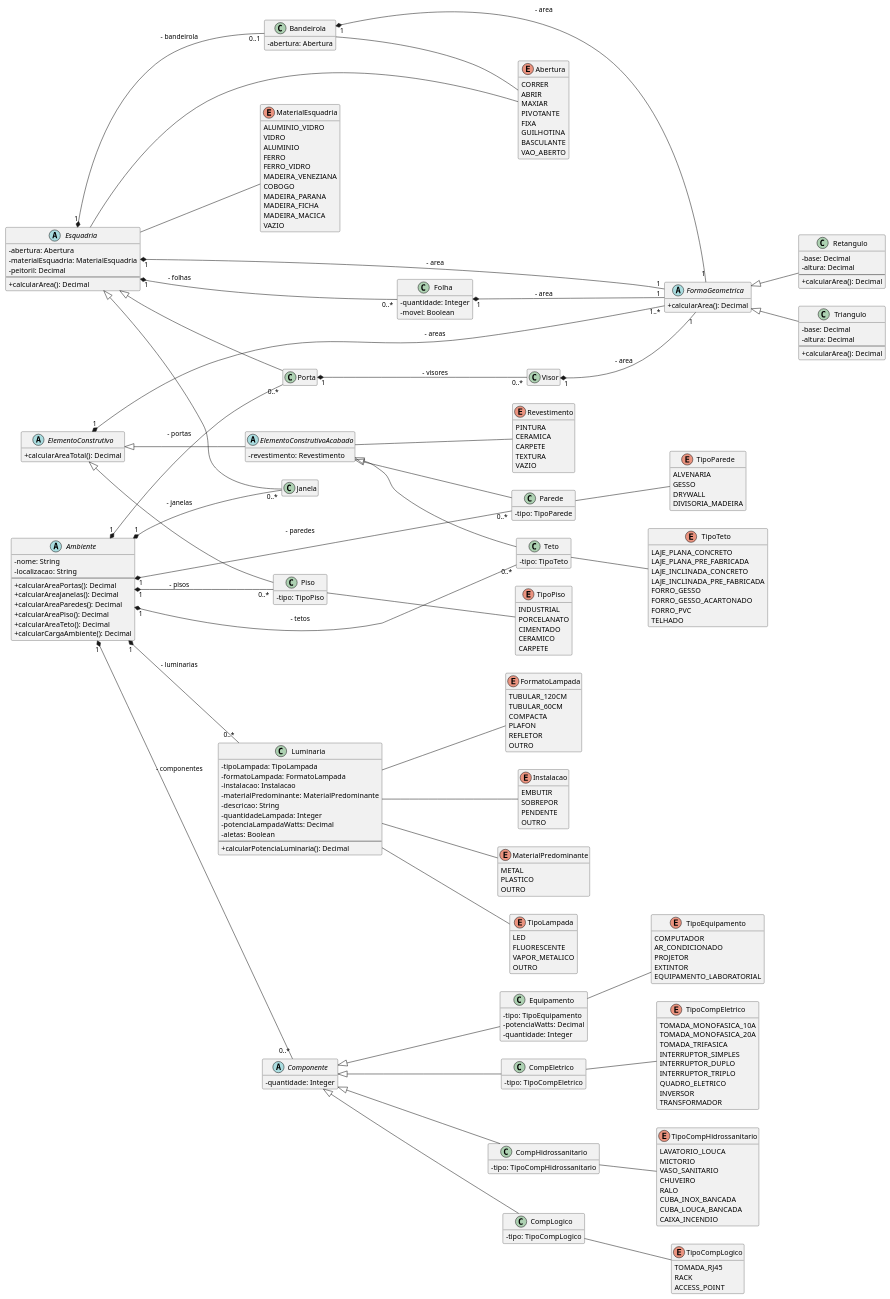
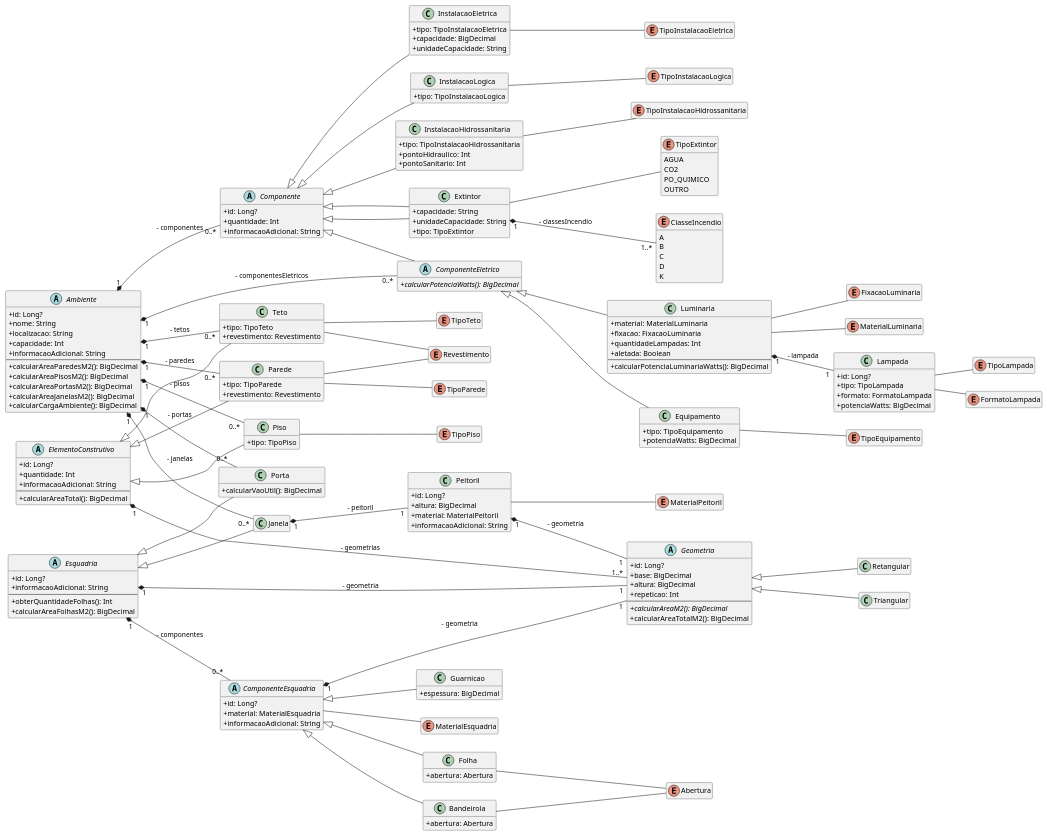
Before and after one commit to SISTEMAS-IFCE-LN/catalogo-edificacoes: the diagram in docs/ambientes-internos/diagrama-classes.puml, drawn with PlantUML. The commit also changed 2 other files, not shown here.

Commit message:
Atualizando diagrama de classes.

```diff
--- a/docs/ambientes-internos/diagrama-classes.puml
+++ b/docs/ambientes-internos/diagrama-classes.puml
@@ -1,299 +1,222 @@
 @startuml Ambientes Internos
-' Configurações para um visual mais limpo
+' Configurações
 skinparam classAttributeIconSize 0
 hide empty members
 left to right direction
 
 ' ---------- ENUMS GERAIS ----------
-enum Abertura {
-    CORRER
-    ABRIR
-    MAXIAR
-    PIVOTANTE
-    FIXA
-    GUILHOTINA
-    BASCULANTE
-    VAO_ABERTO
-}
+enum Abertura
+enum MaterialEsquadria
+enum Revestimento
+enum TipoParede
+enum TipoPiso
+enum TipoTeto
+enum TipoEquipamento
+enum TipoInstalacaoEletrica
+enum TipoInstalacaoLogica
+enum TipoInstalacaoHidrossanitaria
+enum TipoLampada
+enum FormatoLampada
+enum FixacaoLuminaria
+enum MaterialLuminaria
+enum MaterialPeitoril
 
-enum MaterialEsquadria {
-    ALUMINIO_VIDRO
-    VIDRO
-    ALUMINIO
-    FERRO
-    FERRO_VIDRO
-    MADEIRA_VENEZIANA
-    COBOGO
-    MADEIRA_PARANA
-    MADEIRA_FICHA
-    MADEIRA_MACICA
-    VAZIO
-}
-
-enum Revestimento {
-    PINTURA
-    CERAMICA
-    CARPETE
-    TEXTURA
-    VAZIO
-}
-
-enum TipoParede {
-    ALVENARIA
-    GESSO
-    DRYWALL
-    DIVISORIA_MADEIRA
-}
-
-enum TipoPiso {
-    INDUSTRIAL
-    PORCELANATO
-    CIMENTADO
-    CERAMICO
-    CARPETE
-}
-
-enum TipoTeto {
-    LAJE_PLANA_CONCRETO
-    LAJE_PLANA_PRE_FABRICADA
-    LAJE_INCLINADA_CONCRETO
-    LAJE_INCLINADA_PRE_FABRICADA
-    FORRO_GESSO
-    FORRO_GESSO_ACARTONADO
-    FORRO_PVC
-    TELHADO
-}
-
-enum TipoEquipamento {
-    COMPUTADOR
-    AR_CONDICIONADO
-    PROJETOR
-    EXTINTOR
-    EQUIPAMENTO_LABORATORIAL
-}
-
-enum TipoCompEletrico {
-    TOMADA_MONOFASICA_10A
-    TOMADA_MONOFASICA_20A
-    TOMADA_TRIFASICA
-    INTERRUPTOR_SIMPLES
-    INTERRUPTOR_DUPLO
-    INTERRUPTOR_TRIPLO
-    QUADRO_ELETRICO
-    INVERSOR
-    TRANSFORMADOR
-}
-
-enum TipoCompLogico {
-    TOMADA_RJ45
-    RACK
-    ACCESS_POINT
-}
-
-enum TipoCompHidrossanitario {
-    LAVATORIO_LOUCA
-    MICTORIO
-    VASO_SANITARIO
-    CHUVEIRO
-    RALO
-    CUBA_INOX_BANCADA
-    CUBA_LOUCA_BANCADA
-    CAIXA_INCENDIO
-}
-
-' ---------- ENUMS PARA LUMINARIA ----------
-enum TipoLampada {
-    LED
-    FLUORESCENTE
-    VAPOR_METALICO
+' ---------- ENUMS DE EXTINTOR (NOVO) ----------
+enum TipoExtintor {
+    AGUA
+    CO2
+    PO_QUIMICO
     OUTRO
 }
-
-enum FormatoLampada {
-    TUBULAR_120CM
-    TUBULAR_60CM
-    COMPACTA
-    PLAFON
-    REFLETOR
-    OUTRO
-}
-
-enum Instalacao {
-    EMBUTIR
-    SOBREPOR
-    PENDENTE
-    OUTRO
-}
-
-enum MaterialPredominante {
-    METAL
-    PLASTICO
-    OUTRO
+enum ClasseIncendio {
+    A
+    B
+    C
+    D
+    K
 }
 
 
-' ---------- FORMAS GEOMÉTRICAS ----------
-abstract class FormaGeometrica {
-  + calcularArea(): Decimal
+' ---------- GEOMETRIA ----------
+abstract class Geometria {
+  + id: Long?
+  + base: BigDecimal
+  + altura: BigDecimal
+  + repeticao: Int
+  --
+  + {abstract} calcularAreaM2(): BigDecimal
+  + calcularAreaTotalM2(): BigDecimal
 }
-
-class Retangulo extends FormaGeometrica {
-  - base: Decimal
-  - altura: Decimal
-  --
-  + calcularArea(): Decimal
-}
-
-class Triangulo extends FormaGeometrica {
-  - base: Decimal
-  - altura: Decimal
-  --
-  + calcularArea(): Decimal
-}
+class Retangular extends Geometria
+class Triangular extends Geometria
 
 
-' ---------- CLASSES PRINCIPAIS E ABSTRATAS ----------
+' ---------- CLASSE AMBIENTE ----------
 abstract class Ambiente {
-  - nome: String
-  - localizacao: String
+  + id: Long?
+  + nome: String
+  + localizacao: String
+  + capacidade: Int
+  + informacaoAdicional: String
   --
-  + calcularAreaPortas(): Decimal
-  + calcularAreaJanelas(): Decimal
-  + calcularAreaParedes(): Decimal
-  + calcularAreaPiso(): Decimal
-  + calcularAreaTeto(): Decimal
-  + calcularCargaAmbiente(): Decimal
-}
-
-abstract class Componente {
-  - quantidade: Integer
+  + calcularAreaParedesM2(): BigDecimal
+  + calcularAreaPisosM2(): BigDecimal
+  + calcularAreaPortasM2(): BigDecimal
+  + calcularAreaJanelasM2(): BigDecimal
+  + calcularCargaAmbiente(): BigDecimal
 }
 
 
 ' ---------- HIERARQUIA DE ELEMENTOS CONSTRUTIVOS ----------
 abstract class ElementoConstrutivo {
-  + calcularAreaTotal(): Decimal
+  + id: Long?
+  + quantidade: Int
+  + informacaoAdicional: String
+  --
+  + calcularAreaTotal(): BigDecimal
 }
-
-abstract class ElementoConstrutivoAcabado extends ElementoConstrutivo {
-  - revestimento: Revestimento
+class Parede extends ElementoConstrutivo {
+  + tipo: TipoParede
+  + revestimento: Revestimento
 }
-
-class Parede extends ElementoConstrutivoAcabado {
-  - tipo: TipoParede
+class Piso extends ElementoConstrutivo {
+  + tipo: TipoPiso
 }
-
-class Piso extends ElementoConstrutivo {
-  - tipo: TipoPiso
-}
-
-class Teto extends ElementoConstrutivoAcabado {
-  - tipo: TipoTeto
+class Teto extends ElementoConstrutivo {
+  + tipo: TipoTeto
+  + revestimento: Revestimento
 }
 
 
-' ---------- HIERARQUIA DE ESQUADRIAS ----------
+' ---------- HIERARQUIA DE ESQUADRIAS (PADRÃO COMPOSITE) ----------
 abstract class Esquadria {
-  - abertura: Abertura
-  - materialEsquadria: MaterialEsquadria
-  - peitoril: Decimal
+  + id: Long?
+  + informacaoAdicional: String
   --
-  + calcularArea(): Decimal
+  + obterQuantidadeFolhas(): Int
+  + calcularAreaFolhasM2(): BigDecimal
+  ' ... outros métodos ...
 }
-
 class Porta extends Esquadria {
+ + calcularVaoUtil(): BigDecimal
 }
-
 class Janela extends Esquadria {
 }
 
-
-' ---------- OUTROS ELEMENTOS E PARTES ----------
-class Luminaria {
-  - tipoLampada: TipoLampada
-  - formatoLampada: FormatoLampada
-  - instalacao: Instalacao
-  - materialPredominante: MaterialPredominante
-  - descricao: String
-  - quantidadeLampada: Integer
-  - potenciaLampadaWatts: Decimal
-  - aletas: Boolean
-  --
-  + calcularPotenciaLuminaria(): Decimal
+abstract class ComponenteEsquadria {
+  + id: Long?
+  + material: MaterialEsquadria
+  + informacaoAdicional: String
+}
+class Folha extends ComponenteEsquadria {
+  + abertura: Abertura
+}
+class Bandeirola extends ComponenteEsquadria {
+  + abertura: Abertura
+}
+class Guarnicao extends ComponenteEsquadria {
+  + espessura: BigDecimal
 }
 
-class Folha {
-  - quantidade: Integer
-  - movel: Boolean
-}
-
-class Bandeirola {
-  - abertura: Abertura
-}
-
-class Visor {
+class Peitoril {
+  + id: Long?
+  + altura: BigDecimal
+  + material: MaterialPeitoril
+  + informacaoAdicional: String
 }
 
 
-' ---------- COMPONENTES (SUBCLASSES) ----------
-Componente <|-- CompEletrico
-Componente <|-- CompHidrossanitario
-Componente <|-- CompLogico
-Componente <|-- Equipamento
-
-class CompEletrico {
-  - tipo: TipoCompEletrico
+' ---------- HIERARQUIA DE COMPONENTES ----------
+abstract class Componente {
+  + id: Long?
+  + quantidade: Int
+  + informacaoAdicional: String
 }
-class CompHidrossanitario {
-  - tipo: TipoCompHidrossanitario
+abstract class ComponenteEletrico extends Componente {
+  + {abstract} calcularPotenciaWatts(): BigDecimal
 }
-class CompLogico {
-  - tipo: TipoCompLogico
+class Equipamento extends ComponenteEletrico {
+  + tipo: TipoEquipamento
+  + potenciaWatts: BigDecimal
 }
-class Equipamento {
-  - tipo: TipoEquipamento
-  - potenciaWatts: Decimal
-  - quantidade: Integer
+class Luminaria extends ComponenteEletrico {
+  + material: MaterialLuminaria
+  + fixacao: FixacaoLuminaria
+  + quantidadeLampadas: Int
+  + aletada: Boolean
+  --
+  + calcularPotenciaLuminariaWatts(): BigDecimal
+}
+class Lampada {
+    + id: Long?
+    + tipo: TipoLampada
+    + formato: FormatoLampada
+    + potenciaWatts: BigDecimal
+}
+class InstalacaoEletrica extends Componente {
+    + tipo: TipoInstalacaoEletrica
+    + capacidade: BigDecimal
+    + unidadeCapacidade: String
+}
+class InstalacaoLogica extends Componente {
+    + tipo: TipoInstalacaoLogica
+}
+class InstalacaoHidrossanitaria extends Componente {
+    + tipo: TipoInstalacaoHidrossanitaria
+    + pontoHidraulico: Int
+    + pontoSanitario: Int
+}
+class Extintor extends Componente {
+    + capacidade: String
+    + unidadeCapacidade: String
+    + tipo: TipoExtintor
 }
 
 
-' ---------- RELACIONAMENTOS (COMPOSIÇÃO) ----------
-' Ambiente com seus elementos principais
+' ---------- RELACIONAMENTOS ----------
+' Herança
+Componente <|-- Extintor
+
+' Ambiente com seus Elementos
 Ambiente "1" *-- "0..*" Piso : - pisos
 Ambiente "1" *-- "0..*" Parede : - paredes
 Ambiente "1" *-- "0..*" Teto : - tetos
 Ambiente "1" *-- "0..*" Porta : - portas
 Ambiente "1" *-- "0..*" Janela : - janelas
-Ambiente "1" *-- "0..*" Luminaria : - luminarias
 Ambiente "1" *-- "0..*" Componente : - componentes
+Ambiente "1" *-- "0..*" ComponenteEletrico : - componentesEletricos
 
-' Esquadrias com suas partes
-Esquadria "1" *-- "0..*" Folha : - folhas
-Esquadria "1" *-- "0..1" Bandeirola : - bandeirola
-Porta "1" *-- "0..*" Visor : - visores
+' Composição com Geometria
+ElementoConstrutivo "1" *-- "1..*" Geometria : - geometrias
+Esquadria "1" *-- "1" Geometria : - geometria
+ComponenteEsquadria "1" *-- "1" Geometria : - geometria
+Peitoril "1" *-- "1" Geometria : - geometria
 
-' Composição com Formas Geométricas
-ElementoConstrutivo "1" *-- "1..*" FormaGeometrica : - areas
-Esquadria "1" *-- "1" FormaGeometrica : - area
-Folha "1" *-- "1" FormaGeometrica : - area
-Bandeirola "1" *-- "1" FormaGeometrica : - area
-Visor "1" *-- "1" FormaGeometrica : - area
+' Composição de Esquadria
+Esquadria "1" *-- "0..*" ComponenteEsquadria : - componentes
+Janela "1" *-- "1" Peitoril : - peitoril
 
+' Composição de Luminaria
+Luminaria "1" *-- "1" Lampada : - lampada
 
-' ---------- RELACIONAMENTOS (ASSOCIAÇÃO COM ENUMS) ----------
+' Associações com Enums
 Parede -- TipoParede
+Parede -- Revestimento
 Piso -- TipoPiso
 Teto -- TipoTeto
-ElementoConstrutivoAcabado -- Revestimento
-Esquadria -- Abertura
-Esquadria -- MaterialEsquadria
+Teto -- Revestimento
+ComponenteEsquadria -- MaterialEsquadria
+Folha -- Abertura
 Bandeirola -- Abertura
+Peitoril -- MaterialPeitoril
 Equipamento -- TipoEquipamento
-CompEletrico -- TipoCompEletrico
-CompLogico -- TipoCompLogico
-CompHidrossanitario -- TipoCompHidrossanitario
-Luminaria -- TipoLampada
-Luminaria -- FormatoLampada
-Luminaria -- Instalacao
-Luminaria -- MaterialPredominante
+Lampada -- TipoLampada
+Lampada -- FormatoLampada
+Luminaria -- MaterialLuminaria
+Luminaria -- FixacaoLuminaria
+InstalacaoEletrica -- TipoInstalacaoEletrica
+InstalacaoLogica -- TipoInstalacaoLogica
+InstalacaoHidrossanitaria -- TipoInstalacaoHidrossanitaria
+Extintor -- TipoExtintor
+Extintor "1" *-- "1..*" ClasseIncendio : - classesIncendio
 @enduml
```
